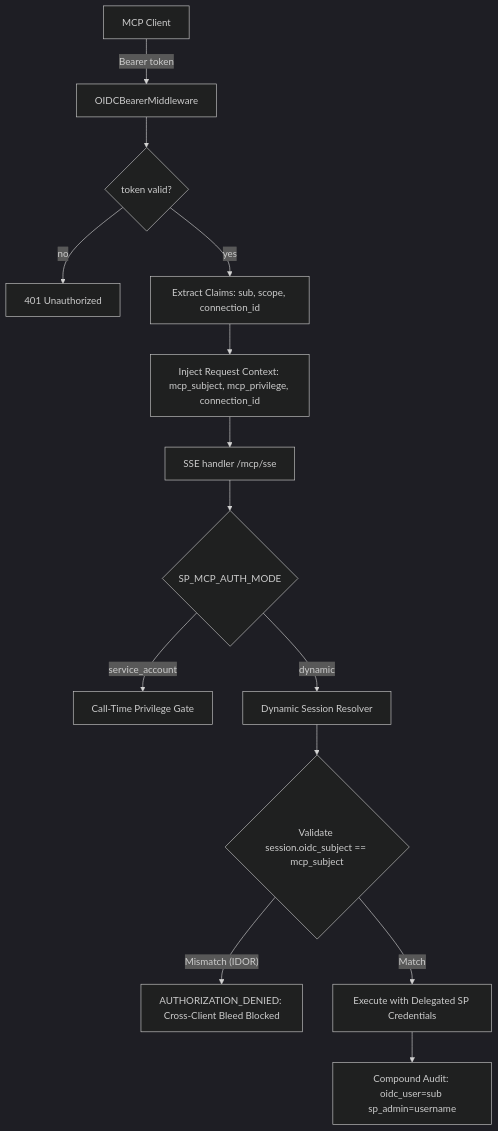
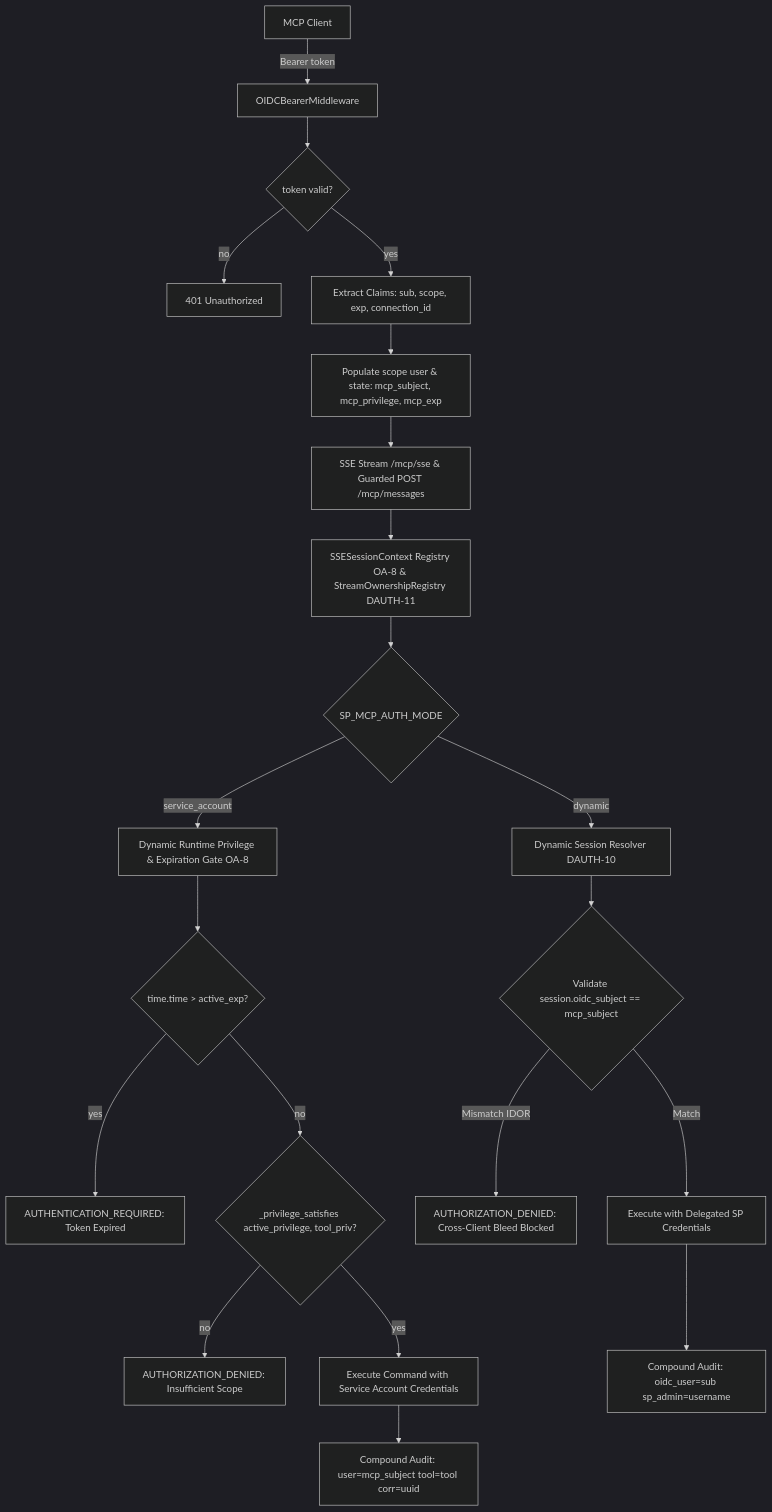
Before and after one commit to IBM/storage-protect-mcp-server: the second of 4 diagrams in docs/design/security-integrations.md, drawn with Mermaid (dark theme). The commit also changed other lines of this file and 30 other files, not shown here.

````diff
--- a/docs/design/security-integrations.md
+++ b/docs/design/security-integrations.md
@@ -52,16 +52,23 @@
 ```mermaid
 flowchart TD
     A[MCP Client] -->|Bearer token| B[OIDCBearerMiddleware]
     B --> C{token valid?}
     C -- no --> D[401 Unauthorized]
-    C -- yes --> E[Extract Claims: sub, scope, connection_id]
-    E --> F[Inject Request Context: mcp_subject, mcp_privilege, connection_id]
-    F --> G[SSE handler /mcp/sse]
-    G --> H{SP_MCP_AUTH_MODE}
-    H -->|service_account| I[Call-Time Privilege Gate]
-    H -->|dynamic| J[Dynamic Session Resolver]
-    J --> K{Validate session.oidc_subject == mcp_subject}
-    K -- Mismatch (IDOR) --> L[AUTHORIZATION_DENIED: Cross-Client Bleed Blocked]
-    K -- Match --> M[Execute with Delegated SP Credentials]
-    M --> N[Compound Audit: oidc_user=sub sp_admin=username]
+    C -- yes --> E[Extract Claims: sub, scope, exp, connection_id]
+    E --> F[Populate scope user & state: mcp_subject, mcp_privilege, mcp_exp]
+    F --> G[SSE Stream /mcp/sse & Guarded POST /mcp/messages]
+    G --> H[SSESessionContext Registry OA-8 & StreamOwnershipRegistry DAUTH-11]
+    H --> I{SP_MCP_AUTH_MODE}
+    I -->|service_account| J[Dynamic Runtime Privilege & Expiration Gate OA-8]
+    J --> K{time.time > active_exp?}
+    K -- yes --> L[AUTHENTICATION_REQUIRED: Token Expired]
+    K -- no --> M{_privilege_satisfies active_privilege, tool_priv?}
+    M -- no --> N[AUTHORIZATION_DENIED: Insufficient Scope]
+    M -- yes --> O[Execute Command with Service Account Credentials]
+    I -->|dynamic| P[Dynamic Session Resolver DAUTH-10]
+    P --> Q{Validate session.oidc_subject == mcp_subject}
+    Q -- Mismatch IDOR --> R[AUTHORIZATION_DENIED: Cross-Client Bleed Blocked]
+    Q -- Match --> S[Execute with Delegated SP Credentials]
+    S --> T[Compound Audit: oidc_user=sub sp_admin=username]
+    O --> U[Compound Audit: user=mcp_subject tool=tool corr=uuid]
 ```
````
